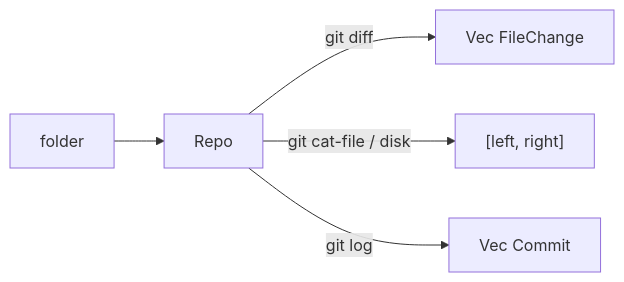
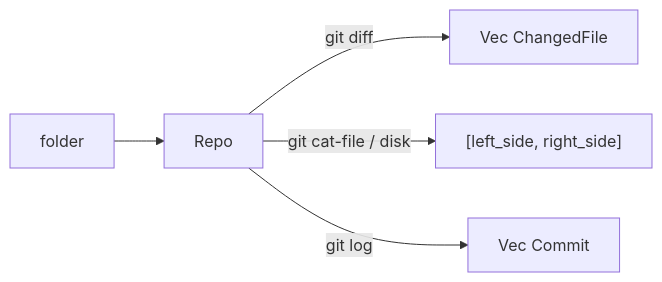
Before and after one commit to akemkers/jetdiff: the diagram in crates/jetdiff-git/README.md, drawn with Mermaid. The commit also changed other lines of this file and 96 other files, not shown here.

````diff
--- a/crates/jetdiff-git/README.md
+++ b/crates/jetdiff-git/README.md
@@ -24,7 +24,7 @@
 ```mermaid
 graph LR
     dir[folder] --> repo[Repo]
-    repo -- git diff --> changes[Vec FileChange]
-    repo -- git cat-file / disk --> read["[left, right]"]
+    repo -- git diff --> files[Vec ChangedFile]
+    repo -- git cat-file / disk --> read["[left_side, right_side]"]
     repo -- git log --> commits[Vec Commit]
 ```
````
